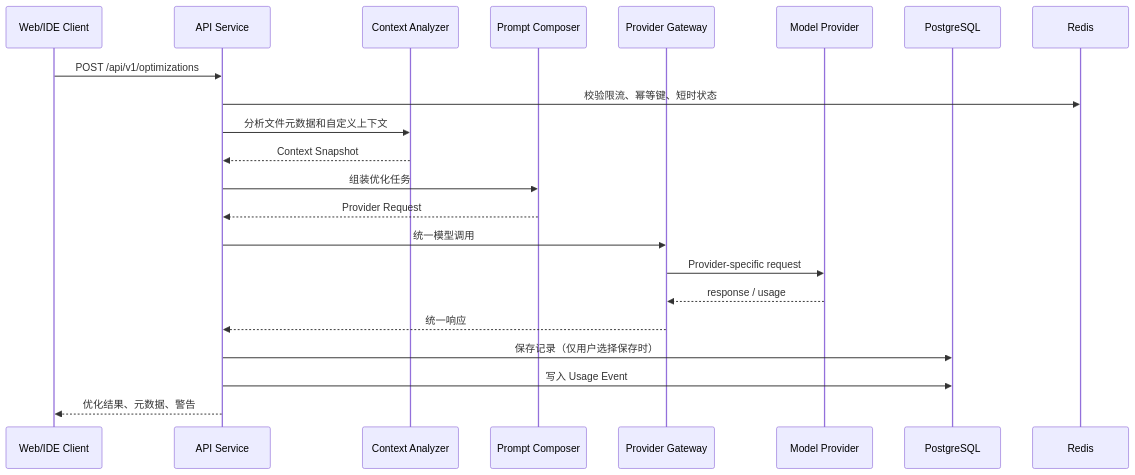
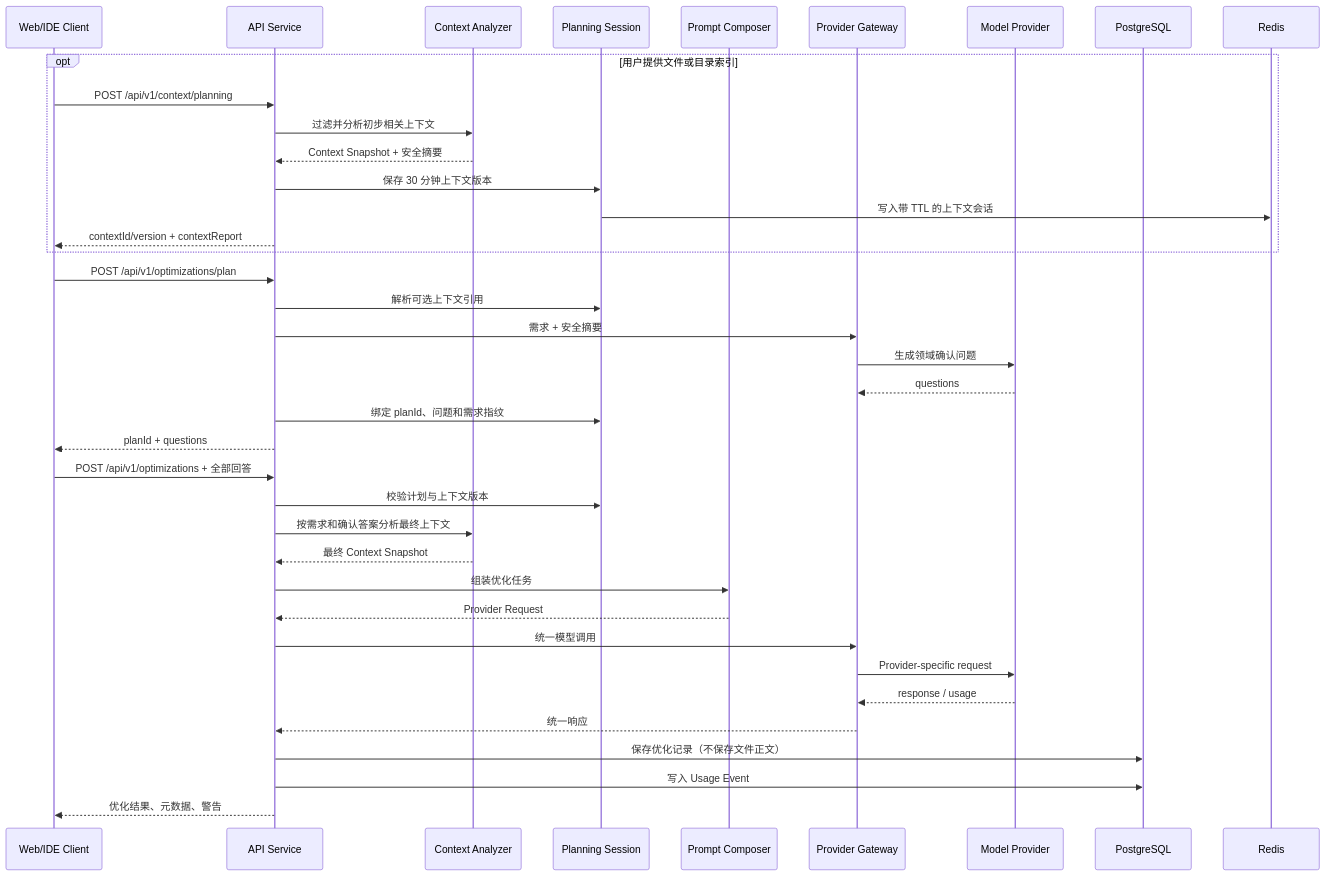
One commit to QingNiao0x/prompt-optimizer-platform changed the second of 2 diagrams in docs/02-系统架构.md. Above: the diagram before and after it, drawn with Mermaid. The commit also changed other lines of this file and 35 other files, not shown here.

Commit message:
基于文件上下文生成确认问题并二次检索: 1. 新增短期上下文会话和安全摘要，绑定需求、Plan、上下文版本与确认答案 2. 让计划 Provider 根据技术栈、依赖、目录和文件摘要减少重复提问 3. 用户确认后以原始需求、问题和答案再次检索并分析最终上下文 4. 仅在查询、文件集合和上下文版本一致时复用首次分析快照 5. 补充前端工作台流程、接口契约、教学流程图及单元和端到端测试

````diff
--- a/docs/02-系统架构.md
+++ b/docs/02-系统架构.md
@@ -47,25 +47,41 @@
 ```mermaid
 sequenceDiagram
     participant W as Web/IDE Client
     participant API as API Service
     participant CA as Context Analyzer
+    participant PS as Planning Session
     participant PC as Prompt Composer
     participant PG as Provider Gateway
     participant M as Model Provider
     participant DB as PostgreSQL
     participant R as Redis
 
-    W->>API: POST /api/v1/optimizations
-    API->>R: 校验限流、幂等键、短时状态
-    API->>CA: 分析文件元数据和自定义上下文
-    CA-->>API: Context Snapshot
+    opt 用户提供文件或目录索引
+        W->>API: POST /api/v1/context/planning
+        API->>CA: 过滤并分析初步相关上下文
+        CA-->>API: Context Snapshot + 安全摘要
+        API->>PS: 保存 30 分钟上下文版本
+        PS->>R: 写入带 TTL 的上下文会话
+        API-->>W: contextId/version + contextReport
+    end
+    W->>API: POST /api/v1/optimizations/plan
+    API->>PS: 解析可选上下文引用
+    API->>PG: 需求 + 安全摘要
+    PG->>M: 生成领域确认问题
+    M-->>PG: questions
+    API->>PS: 绑定 planId、问题和需求指纹
+    API-->>W: planId + questions
+    W->>API: POST /api/v1/optimizations + 全部回答
+    API->>PS: 校验计划与上下文版本
+    API->>CA: 按需求和确认答案分析最终上下文
+    CA-->>API: 最终 Context Snapshot
     API->>PC: 组装优化任务
     PC-->>API: Provider Request
     API->>PG: 统一模型调用
     PG->>M: Provider-specific request
     M-->>PG: response / usage
     PG-->>API: 统一响应
-    API->>DB: 保存记录（仅用户选择保存时）
+    API->>DB: 保存优化记录（不保存文件正文）
     API->>DB: 写入 Usage Event
     API-->>W: 优化结果、元数据、警告
 ```
````
